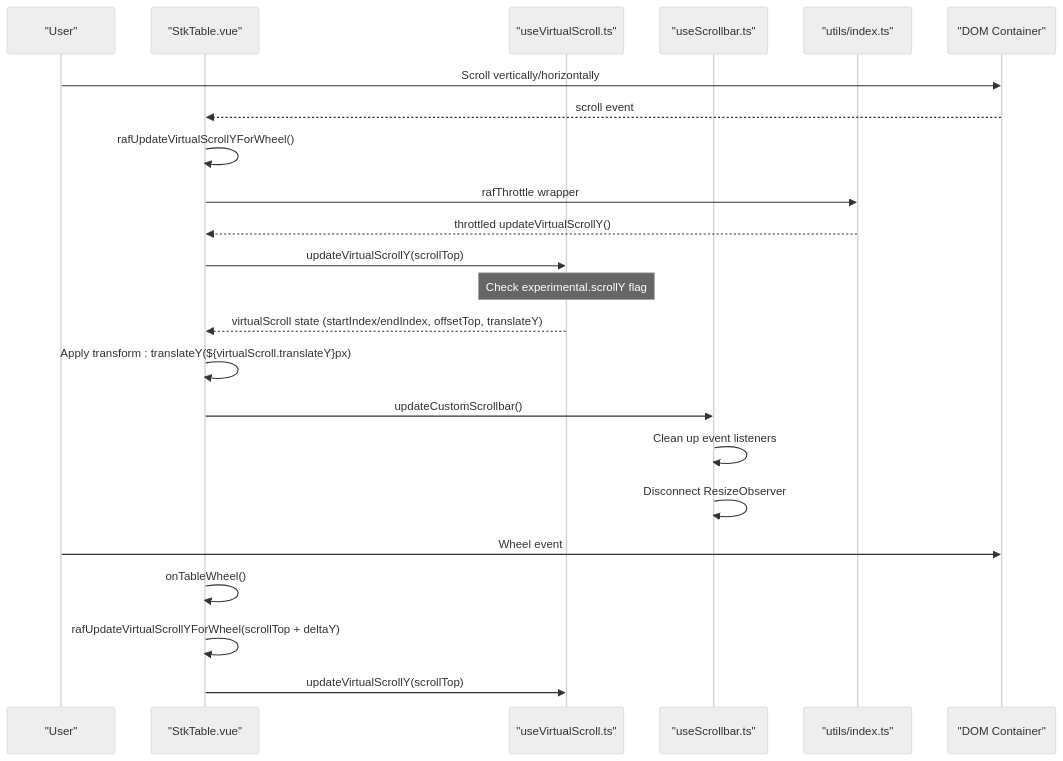
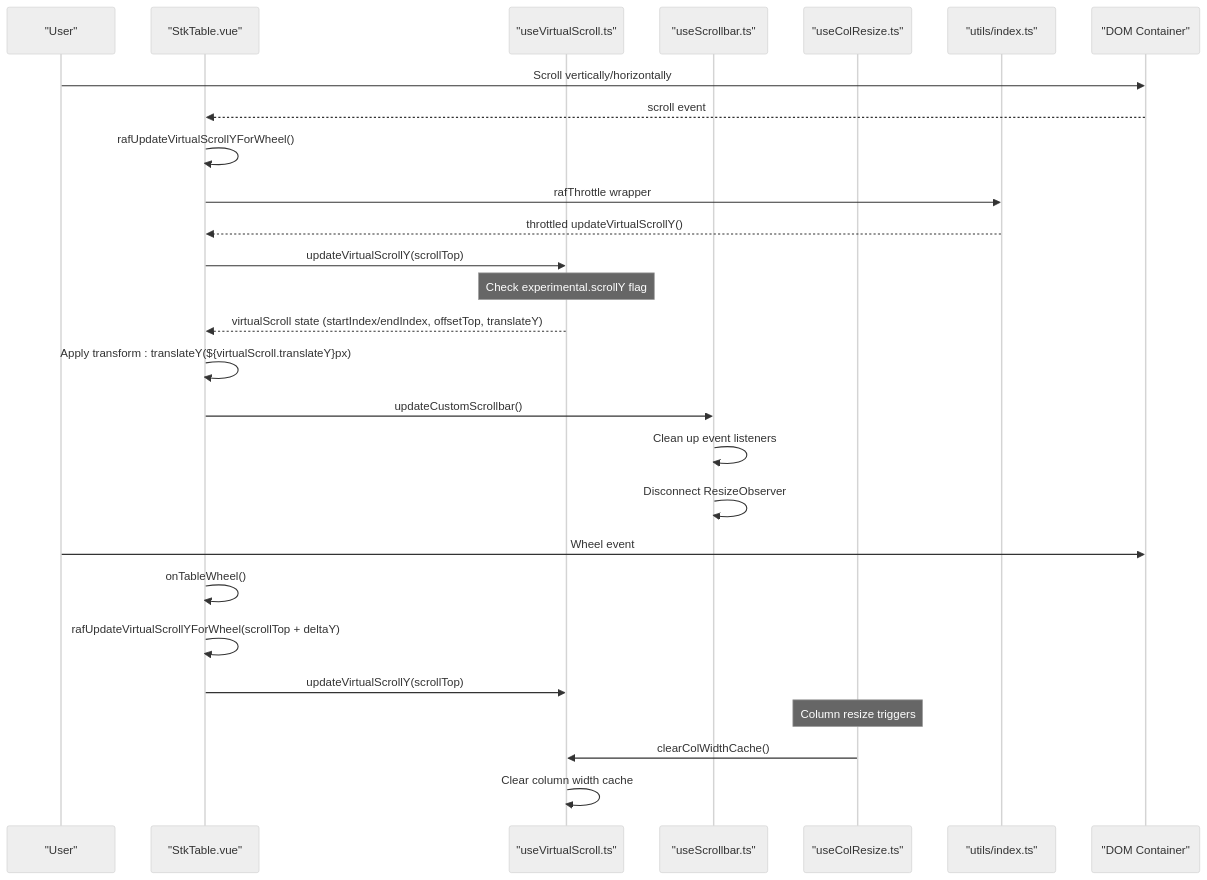
Before and after one commit to ja-plus/stk-table-vue: the second of 6 diagrams in .qoder/repowiki/en/content/Core Concepts/Virtual Scrolling/Virtual Scroll Configuration.md, drawn with Mermaid (neutral theme). The commit also changed other lines of this file and 7 other files, not shown here.

````diff
--- a/.qoder/repowiki/en/content/Core Concepts/Virtual Scrolling/Virtual Scroll Configuration.md
+++ b/.qoder/repowiki/en/content/Core Concepts/Virtual Scrolling/Virtual Scroll Configuration.md
@@ -123,25 +131,29 @@
 ```mermaid
 sequenceDiagram
 participant User as "User"
 participant Table as "StkTable.vue"
 participant Hook as "useVirtualScroll.ts"
 participant Scrollbar as "useScrollbar.ts"
+participant ColResize as "useColResize.ts"
 participant Utils as "utils/index.ts"
 participant DOM as "DOM Container"
 User->>DOM : Scroll vertically/horizontally
 DOM-->>Table : scroll event
 Table->>Table : rafUpdateVirtualScrollYForWheel()
 Table->>Utils : rafThrottle wrapper
 Utils-->>Table : throttled updateVirtualScrollY()
 Table->>Hook : updateVirtualScrollY(scrollTop)
 Note over Hook : Check experimental.scrollY flag
 Hook-->>Table : virtualScroll state (startIndex/endIndex, offsetTop, translateY)
 Table->>Table : Apply transform : translateY(${virtualScroll.translateY}px)
 Table->>Scrollbar : updateCustomScrollbar()
 Scrollbar->>Scrollbar : Clean up event listeners
 Scrollbar->>Scrollbar : Disconnect ResizeObserver
 User->>DOM : Wheel event
 Table->>Table : onTableWheel()
 Table->>Table : rafUpdateVirtualScrollYForWheel(scrollTop + deltaY)
 Table->>Hook : updateVirtualScrollY(scrollTop)
+Note over ColResize : Column resize triggers
+ColResize->>Hook : clearColWidthCache()
+Hook->>Hook : Clear column width cache
 ```
````
